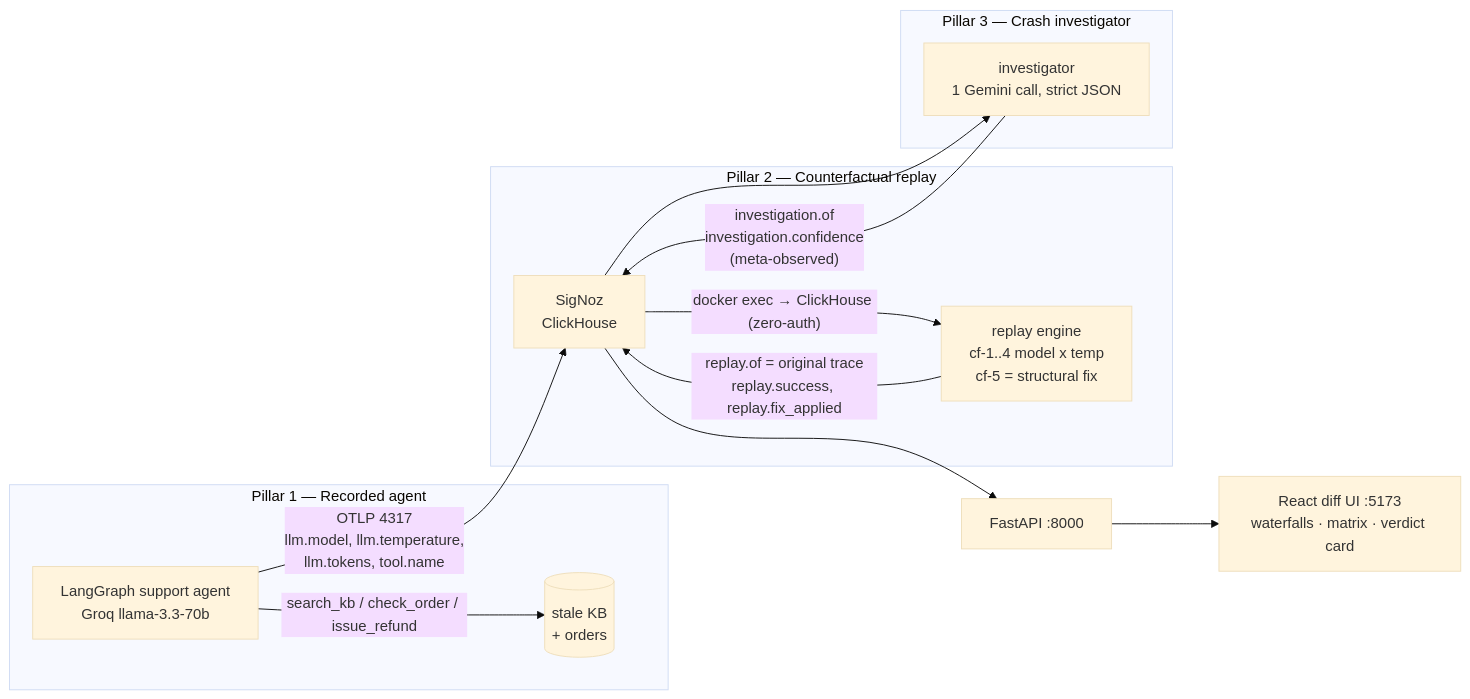
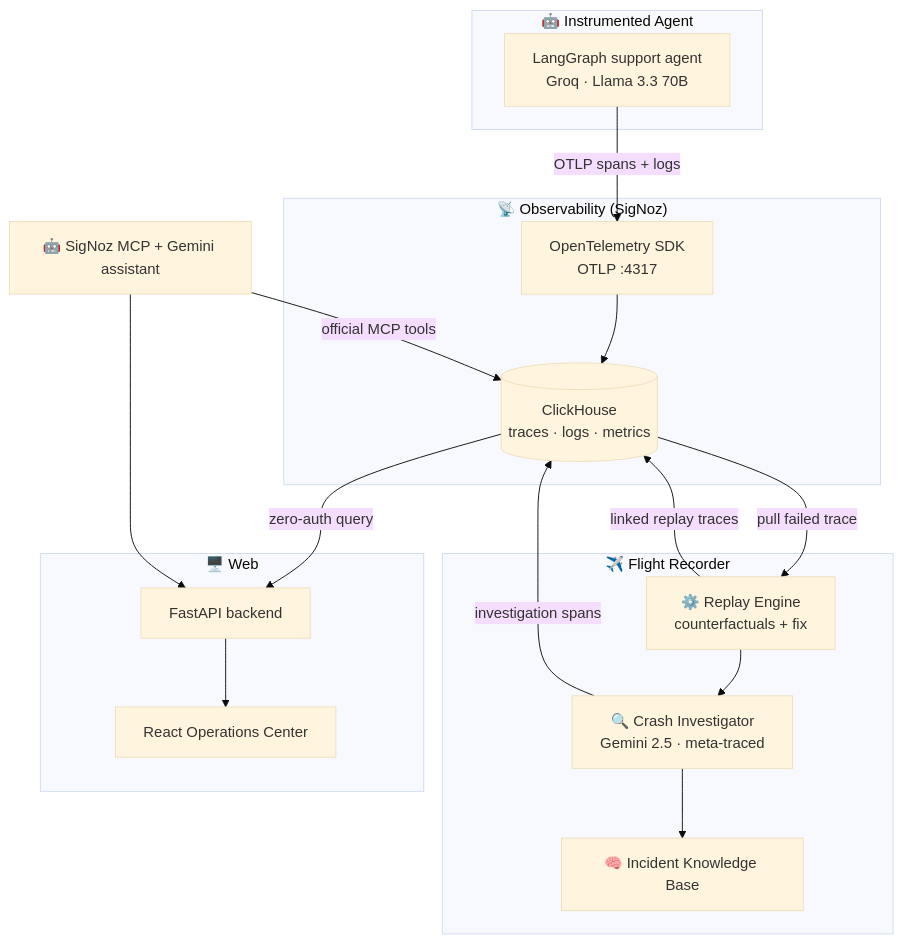
The second of 2 diagrams in README.md (Abhishekanand19/agent-flight-recorder), drawn with Mermaid (base theme) before and after one commit. The commit also changed other lines of this file and 3 other files, not shown here.

First line of the commit message:
docs: premium landing-page README with real screenshots + diagrams

````diff
--- a/README.md
+++ b/README.md
@@ -29,21 +105,28 @@
 ```mermaid
-flowchart LR
-    subgraph P1["Pillar 1 — Recorded agent"]
-        A[LangGraph support agent<br/>Groq llama-3.3-70b] -->|search_kb / check_order / issue_refund| T[(stale KB<br/>+ orders)]
+flowchart TB
+    subgraph AGENT["🤖 Instrumented Agent"]
+        LG["LangGraph support agent<br/>Groq · Llama 3.3 70B"]
     end
+    subgraph OBS["📡 Observability (SigNoz)"]
+        OT["OpenTelemetry SDK<br/>OTLP :4317"]
+        CH[("ClickHouse<br/>traces · logs · metrics")]
+    end
+    subgraph FR["✈️ Flight Recorder"]
+        RE["⚙️ Replay Engine<br/>counterfactuals + fix"]
+        CI["🔍 Crash Investigator<br/>Gemini 2.5 · meta-traced"]
+        KB["🧠 Incident Knowledge Base"]
+    end
+    subgraph WEB["🖥️ Web"]
+        API["FastAPI backend"]
+        RUI["React Operations Center"]
+    end
+    MCP["🤖 SigNoz MCP + Gemini assistant"]
 
-    A -- "OTLP 4317<br/>llm.model, llm.temperature,<br/>llm.tokens, tool.name" --> S[SigNoz<br/>ClickHouse]
-
-    subgraph P2["Pillar 2 — Counterfactual replay"]
-        R[replay engine<br/>cf-1..4 model x temp<br/>cf-5 = structural fix] -- "replay.of = original trace<br/>replay.success, replay.fix_applied" --> S
-    end
-
-    subgraph P3["Pillar 3 — Crash investigator"]
-        I[investigator<br/>1 Gemini call, strict JSON] -- "investigation.of<br/>investigation.confidence<br/>(meta-observed)" --> S
-    end
-
-    S -->|"docker exec → ClickHouse (zero-auth)"| R
-    S --> I
-    S --> API[FastAPI :8000]
-    API --> UI[React diff UI :5173<br/>waterfalls · matrix · verdict card]
+    LG -->|OTLP spans + logs| OT --> CH
+    CH -->|pull failed trace| RE -->|linked replay traces| CH
+    RE --> CI -->|investigation spans| CH
+    CI --> KB
+    CH -->|zero-auth query| API --> RUI
+    MCP -->|official MCP tools| CH
+    MCP --> API
 ```
````
